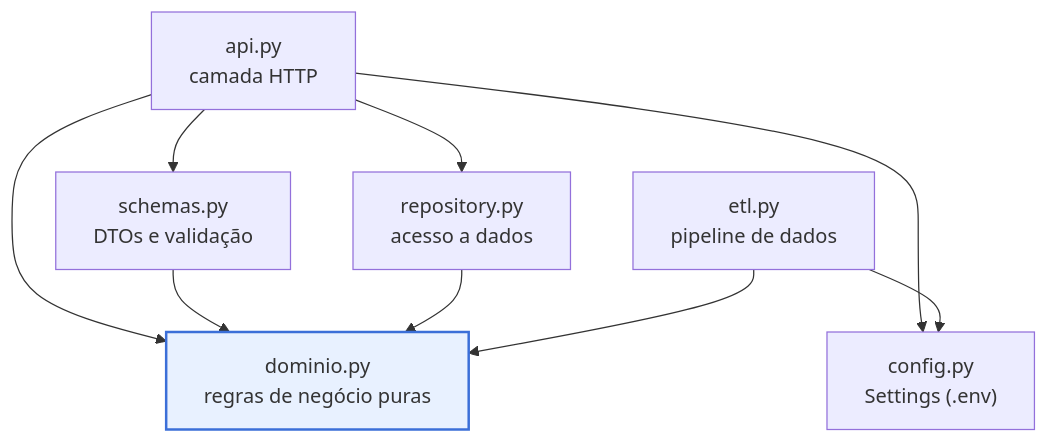
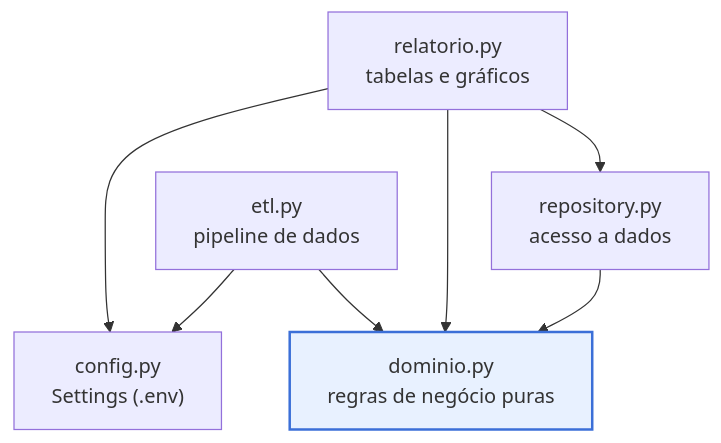
The second of 6 diagrams in docs/arquitetura.md (marcosguida/endividamento-municipal), drawn with Mermaid before and after one commit. The commit also changed other lines of this file, not shown here.

Commit message:
docs(arquitetura): atualiza diagramas para o fluxo de análise de dados

````diff
--- a/docs/arquitetura.md
+++ b/docs/arquitetura.md
@@ -45,21 +47,18 @@
 ```mermaid
 flowchart TB
-    api["api.py<br/>camada HTTP"]
-    schemas["schemas.py<br/>DTOs e validação"]
+    relatorio["relatorio.py<br/>tabelas e gráficos"]
     repo["repository.py<br/>acesso a dados"]
     etl["etl.py<br/>pipeline de dados"]
     dominio["dominio.py<br/>regras de negócio puras"]
     config["config.py<br/>Settings (.env)"]
 
-    api --> schemas
-    api --> repo
-    api --> dominio
-    api --> config
-    schemas --> dominio
+    relatorio --> repo
+    relatorio --> dominio
+    relatorio --> config
     repo --> dominio
     etl --> dominio
     etl --> config
 
     classDef core fill:#e8f1ff,stroke:#3b6fd8,stroke-width:2px
     class dominio core
 ```
````
